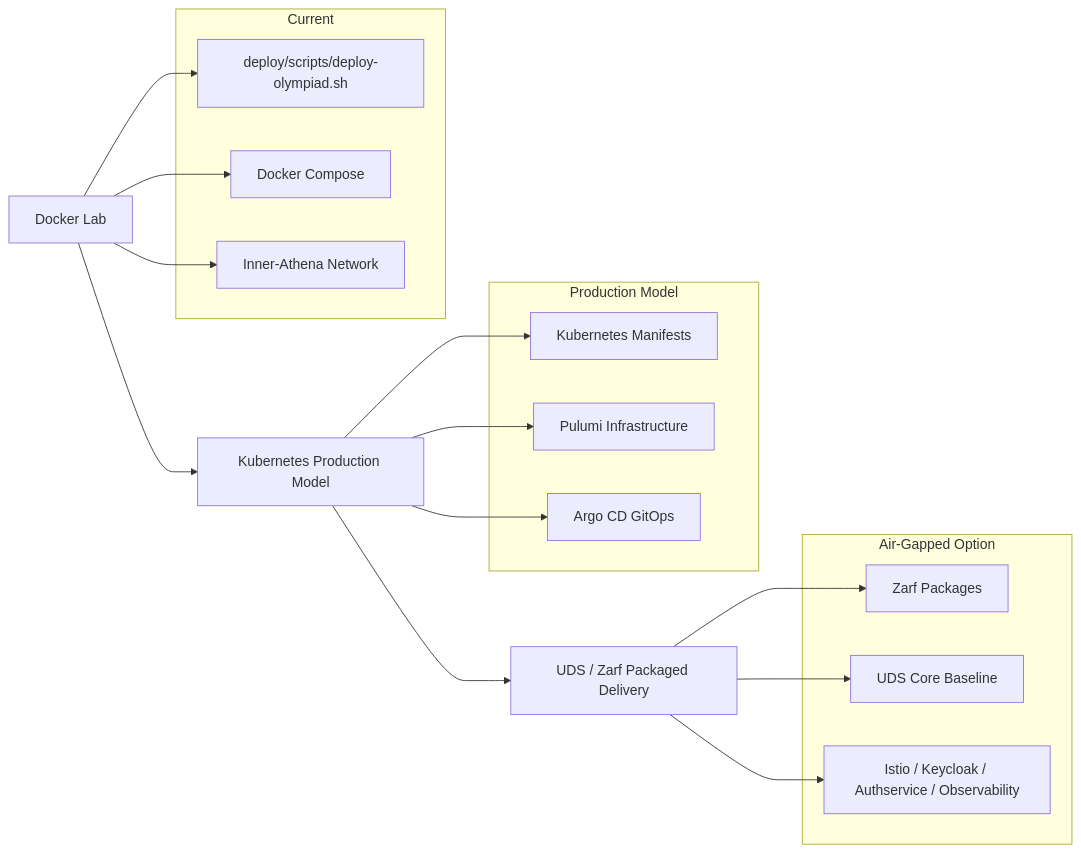
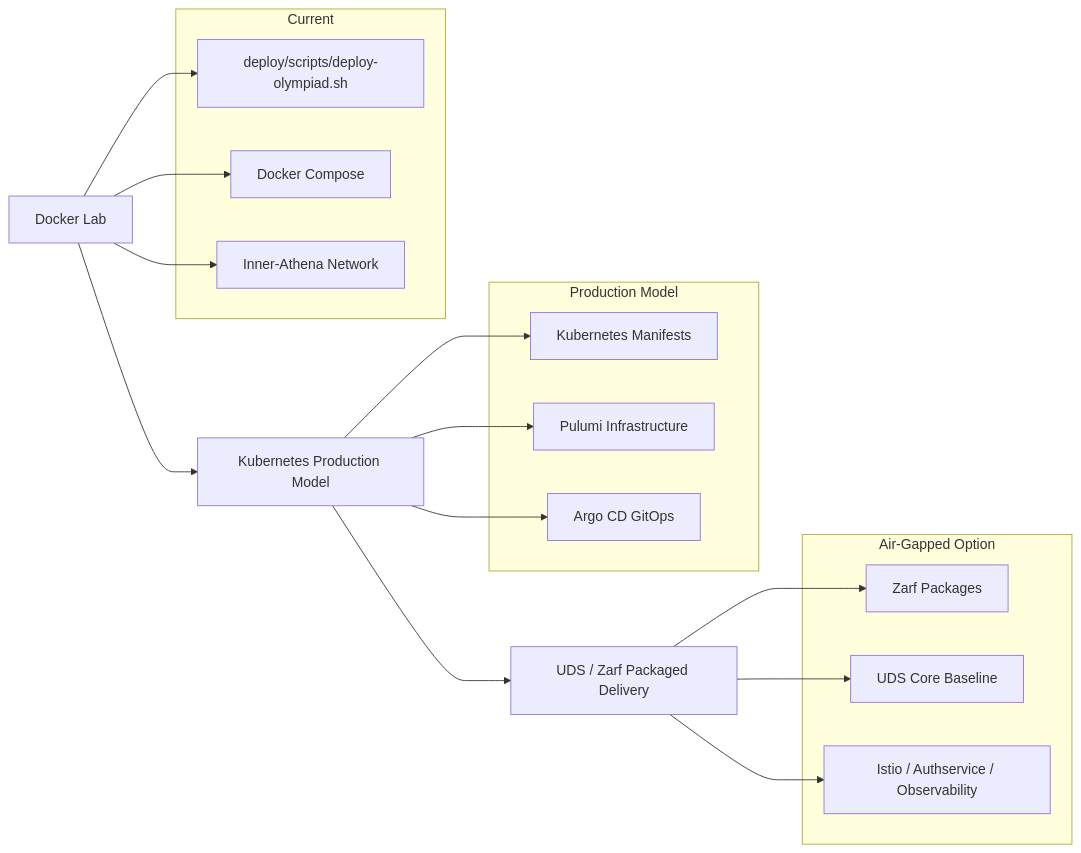
The diagram in docs/architecture/01-component-architecture.md (acald-creator/core-nexus), drawn with Mermaid before and after one commit. The commit also changed other lines of this file and 2 other files, not shown here.

Commit message:
docs: remove references to Keycloak as an active identity provider

````diff
--- a/docs/architecture/01-component-architecture.md
+++ b/docs/architecture/01-component-architecture.md
@@ -9,33 +9,33 @@
 ```mermaid
 graph LR
     A[Docker Lab] --> B[Kubernetes Production Model]
     B --> C[UDS / Zarf Packaged Delivery]
 
     subgraph "Current"
         A1[deploy/scripts/deploy-olympiad.sh]
         A2[Docker Compose]
         A3[Inner-Athena Network]
     end
 
     subgraph "Production Model"
         B1[Kubernetes Manifests]
         B2[Pulumi Infrastructure]
         B3[Argo CD GitOps]
     end
 
     subgraph "Air-Gapped Option"
         C1[Zarf Packages]
         C2[UDS Core Baseline]
-        C3[Istio / Keycloak / Authservice / Observability]
+        C3[Istio / Authservice / Observability]
     end
 
     A --> A1
     A --> A2
     A --> A3
     B --> B1
     B --> B2
     B --> B3
     C --> C1
     C --> C2
     C --> C3
 ```
````
